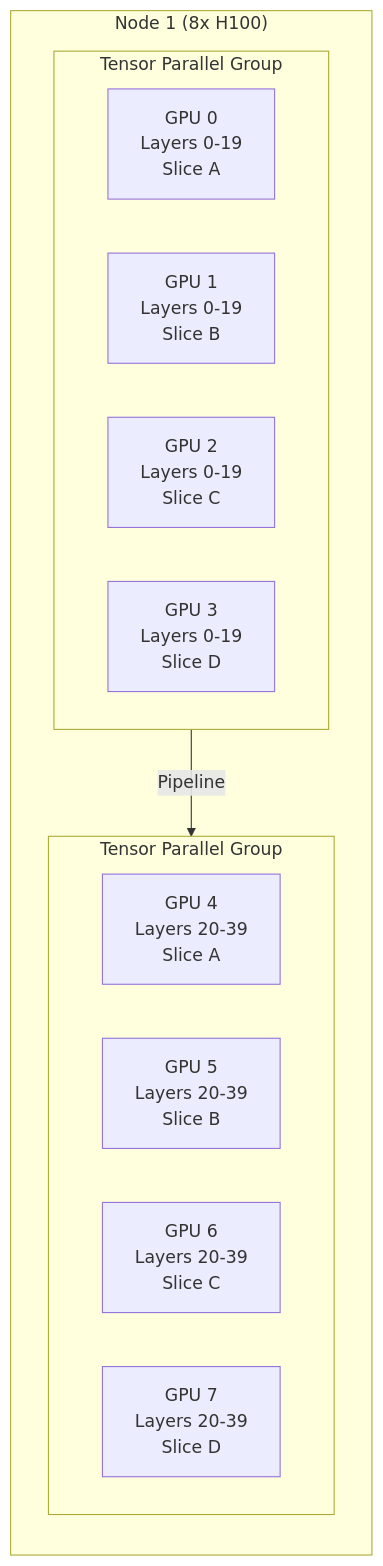
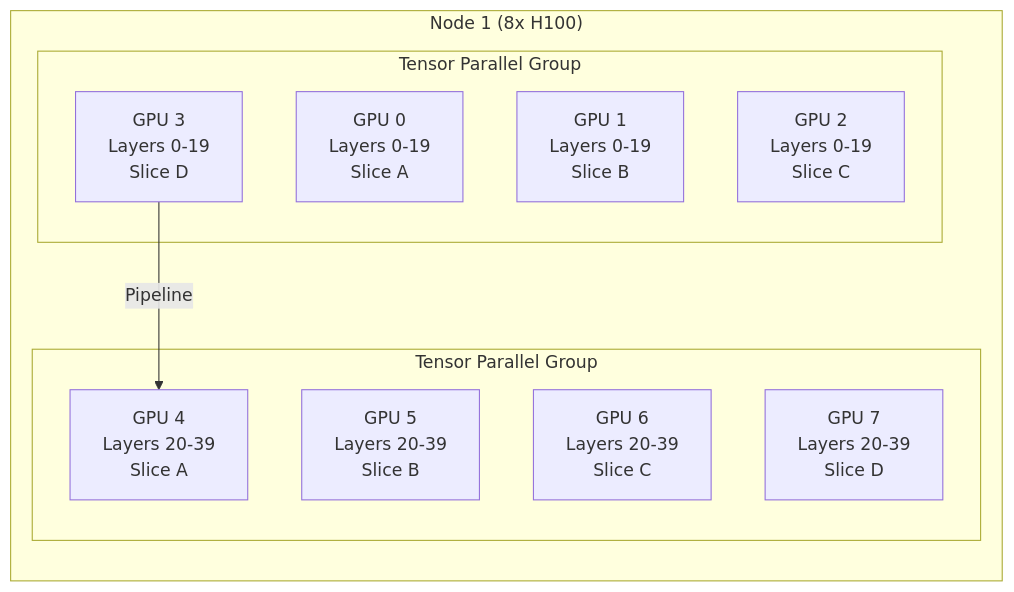
The third of 10 diagrams in docs/AI-Infrastructure.md (frootai/frootai), drawn with Mermaid before and after one commit. The commit also changed other lines of this file and 15 other files, not shown here.

Commit message:
docs: harden learning module diagrams

````diff
--- a/docs/AI-Infrastructure.md
+++ b/docs/AI-Infrastructure.md
@@ -264,18 +264,18 @@
 ```mermaid
 flowchart LR
     subgraph Node1["Node 1 (8x H100)"]
         subgraph TP1["Tensor Parallel Group"]
             G1["GPU 0\nLayers 0-19\nSlice A"]
             G2["GPU 1\nLayers 0-19\nSlice B"]
             G3["GPU 2\nLayers 0-19\nSlice C"]
             G4["GPU 3\nLayers 0-19\nSlice D"]
         end
         subgraph TP2["Tensor Parallel Group"]
             G5["GPU 4\nLayers 20-39\nSlice A"]
             G6["GPU 5\nLayers 20-39\nSlice B"]
             G7["GPU 6\nLayers 20-39\nSlice C"]
             G8["GPU 7\nLayers 20-39\nSlice D"]
         end
-        TP1 -->|"Pipeline"| TP2
+        G4 -->|"Pipeline"| G5
     end
 ```
````
